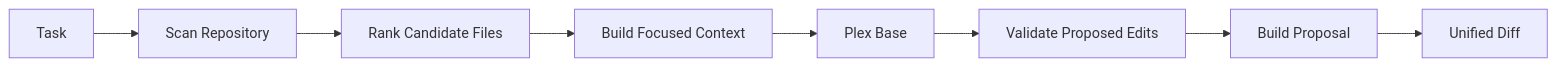
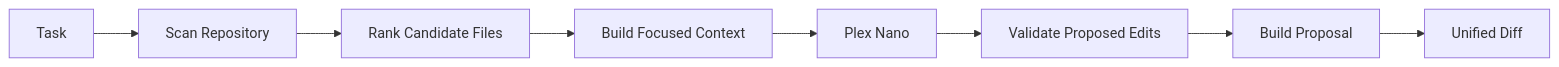
The diagram in README.md (keepithandy/plex-base-0.0.1-1b), drawn with Mermaid before and after one commit. The commit also changed other lines of this file, not shown here.

Commit message:
Rename Plex Base to Plex Nano

````diff
--- a/README.md
+++ b/README.md
@@ -86,10 +86,10 @@
 ```mermaid
 flowchart LR
     A[Task] --> B[Scan Repository]
     B --> C[Rank Candidate Files]
     C --> D[Build Focused Context]
-    D --> E[Plex Base]
+    D --> E[Plex Nano]
     E --> F[Validate Proposed Edits]
     F --> G[Build Proposal]
     G --> H[Unified Diff]
 ```
````
